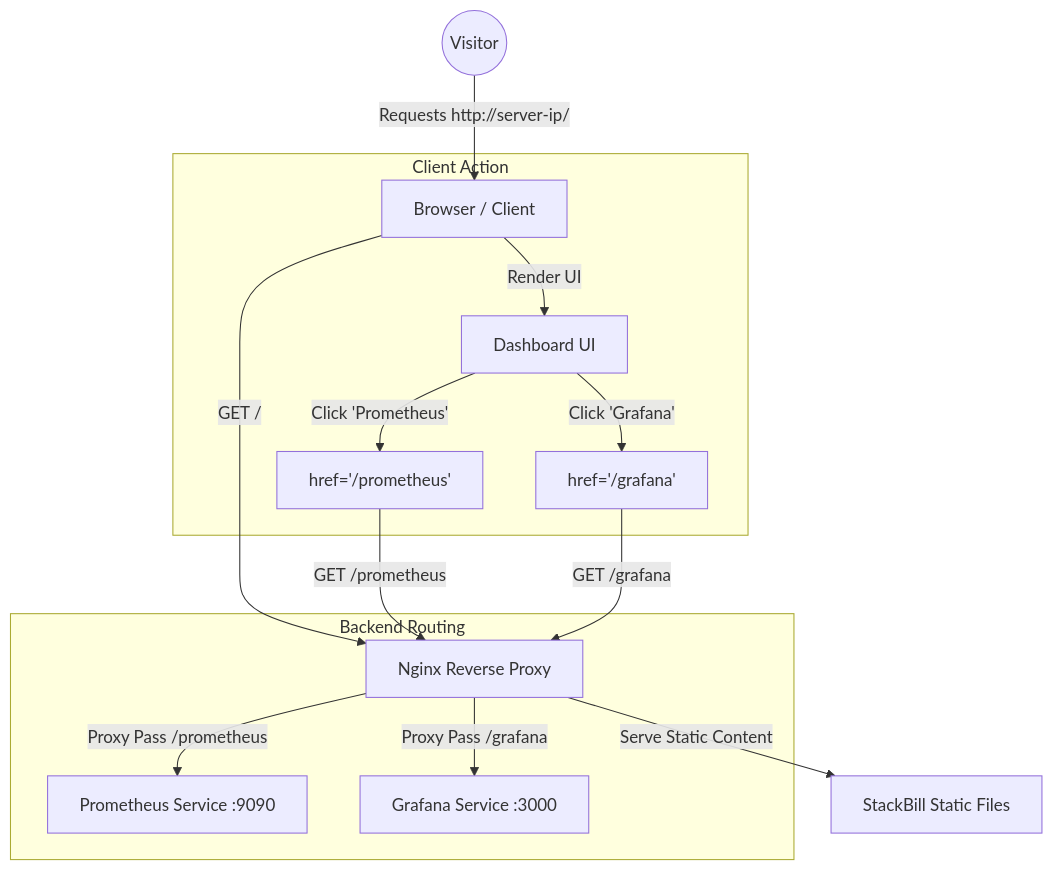
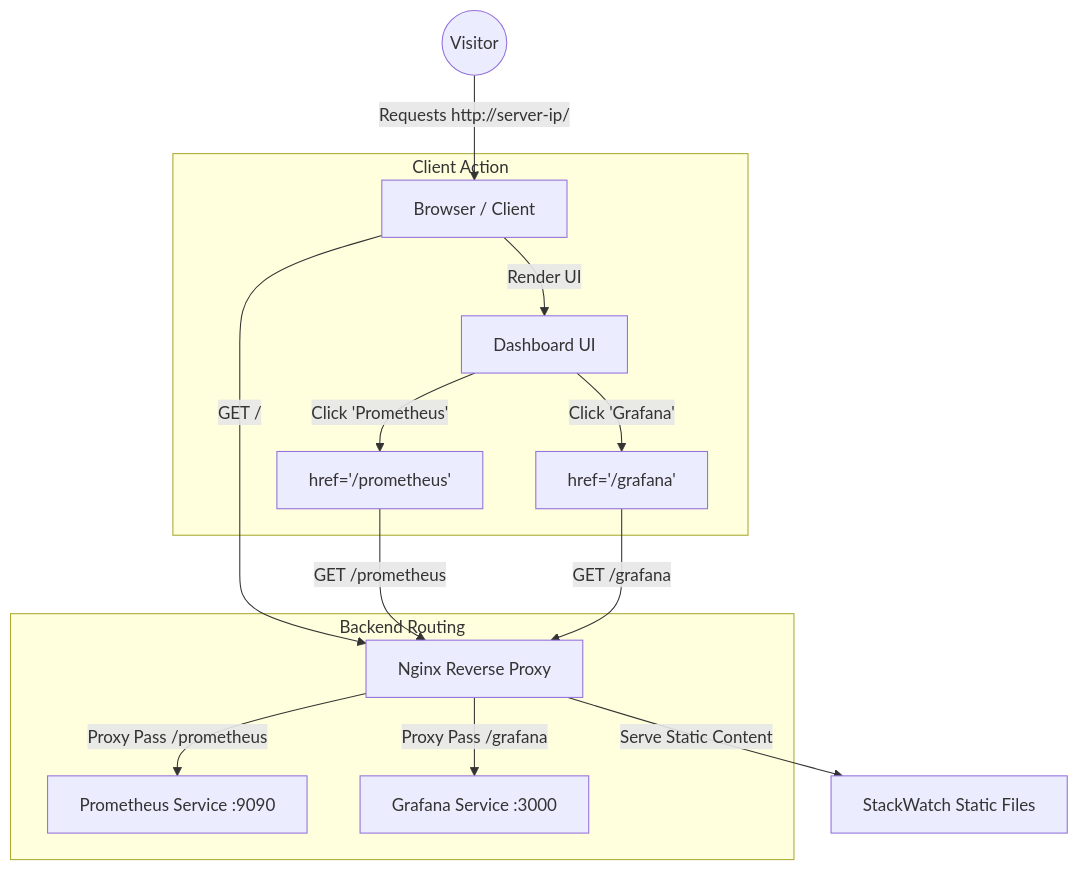
The diagram in docs/ARCHITECTURE_AND_OPS.md (vigneshvrm/stackwatch), drawn with Mermaid before and after one commit. The commit also changed other lines of this file and 51 other files, not shown here.

First line of the commit message:
Rename StackBill to StackWatch across project

````diff
--- a/docs/ARCHITECTURE_AND_OPS.md
+++ b/docs/ARCHITECTURE_AND_OPS.md
@@ -63,27 +63,27 @@
 ```mermaid
 graph TD
     User((Visitor))
     Browser[Browser / Client]
     Nginx[Nginx Reverse Proxy]
-    SB[StackBill Static Files]
+    SB[StackWatch Static Files]
     Prom[Prometheus Service :9090]
     Graf[Grafana Service :3000]
 
     User -->|Requests http://server-ip/| Browser
     Browser -->|GET /| Nginx
     Nginx -->|Serve Static Content| SB
     
     subgraph Client Action
     Browser -- Render UI --> UI[Dashboard UI]
     UI -- Click 'Prometheus' --> Link1[href='/prometheus']
     UI -- Click 'Grafana' --> Link2[href='/grafana']
     end
 
     Link1 -->|GET /prometheus| Nginx
     Link2 -->|GET /grafana| Nginx
 
     subgraph Backend Routing
     Nginx -- Proxy Pass /prometheus --> Prom
     Nginx -- Proxy Pass /grafana --> Graf
     end
 ```
````
